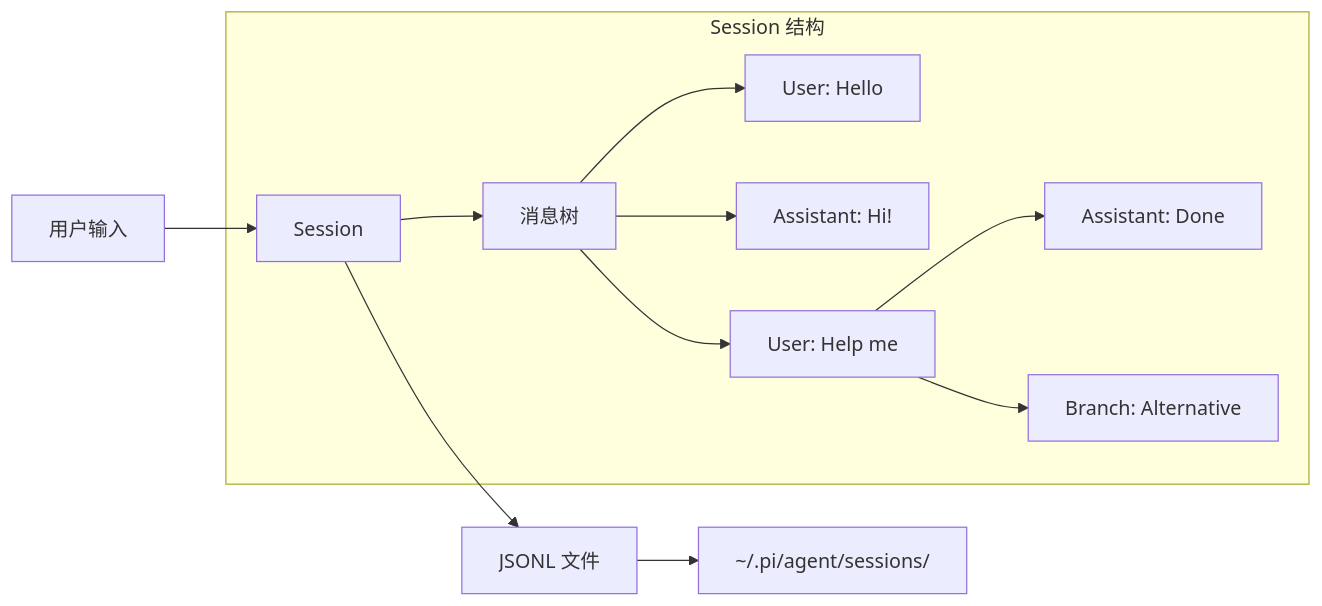
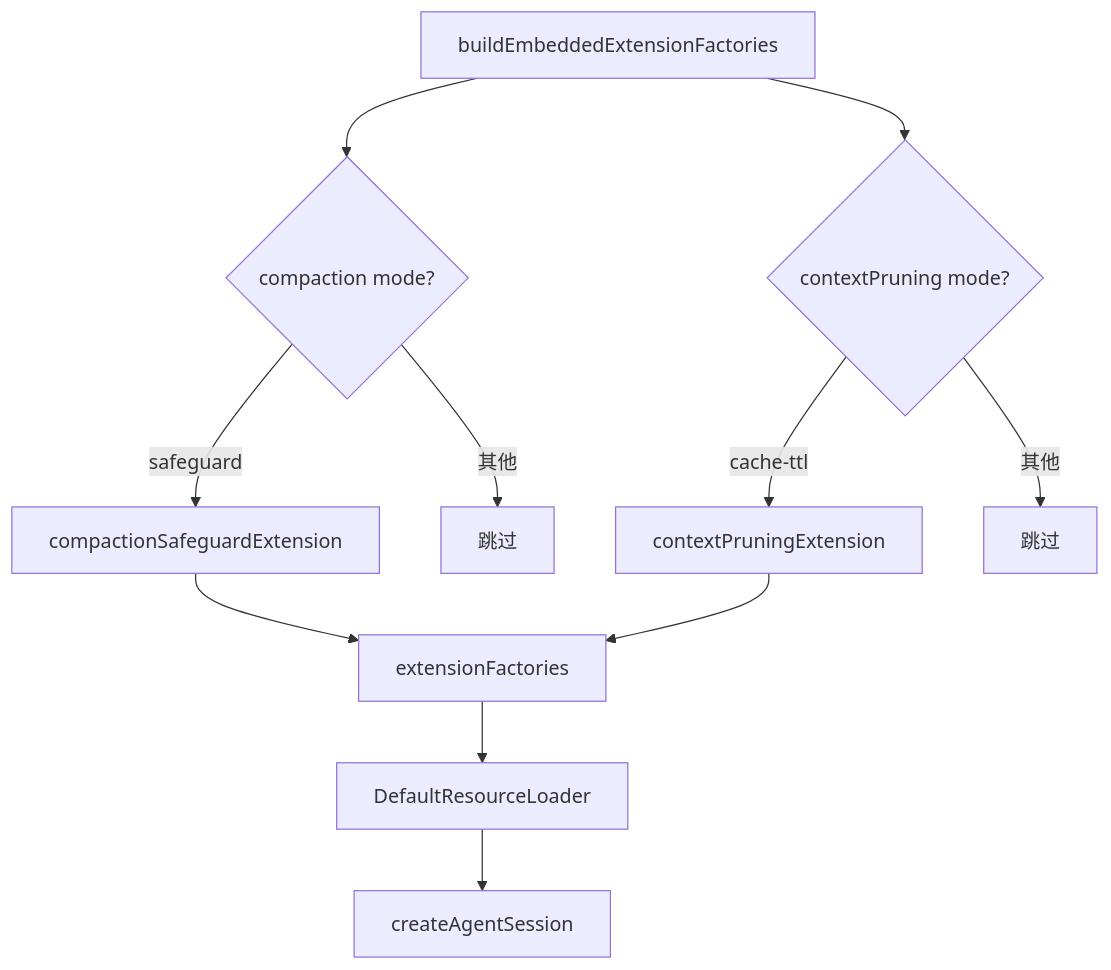
One commit to caicongyang/bloger changed the third of 9 diagrams in openclaw/PI-AGENT-GUIDE.md. Above: the diagram before and after it, drawn with Mermaid. The commit also changed other lines of this file and 13 other files, not shown here.

````diff
--- a/openclaw/PI-AGENT-GUIDE.md
+++ b/openclaw/PI-AGENT-GUIDE.md
@@ -233,16 +285,13 @@
 ```mermaid
-graph LR
-    A[用户输入] --> B[Session]
-    B --> C[JSONL 文件]
-    
-    subgraph "Session 结构"
-        B --> B1[消息树]
-        B1 --> M1[User: Hello]
-        B1 --> M2[Assistant: Hi!]
-        B1 --> M3[User: Help me]
-        M3 --> M4[Assistant: Done]
-        M3 --> M5[Branch: Alternative]
-    end
-    
-    C --> D[~/.pi/agent/sessions/]
+graph TD
+    A[buildEmbeddedExtensionFactories] --> B{compaction mode?}
+    B -->|safeguard| C[compactionSafeguardExtension]
+    B -->|其他| D[跳过]
+    A --> E{contextPruning mode?}
+    E -->|cache-ttl| F[contextPruningExtension]
+    E -->|其他| G[跳过]
+    C --> H[extensionFactories]
+    F --> H
+    H --> I[DefaultResourceLoader]
+    I --> J[createAgentSession]
 ```
````
